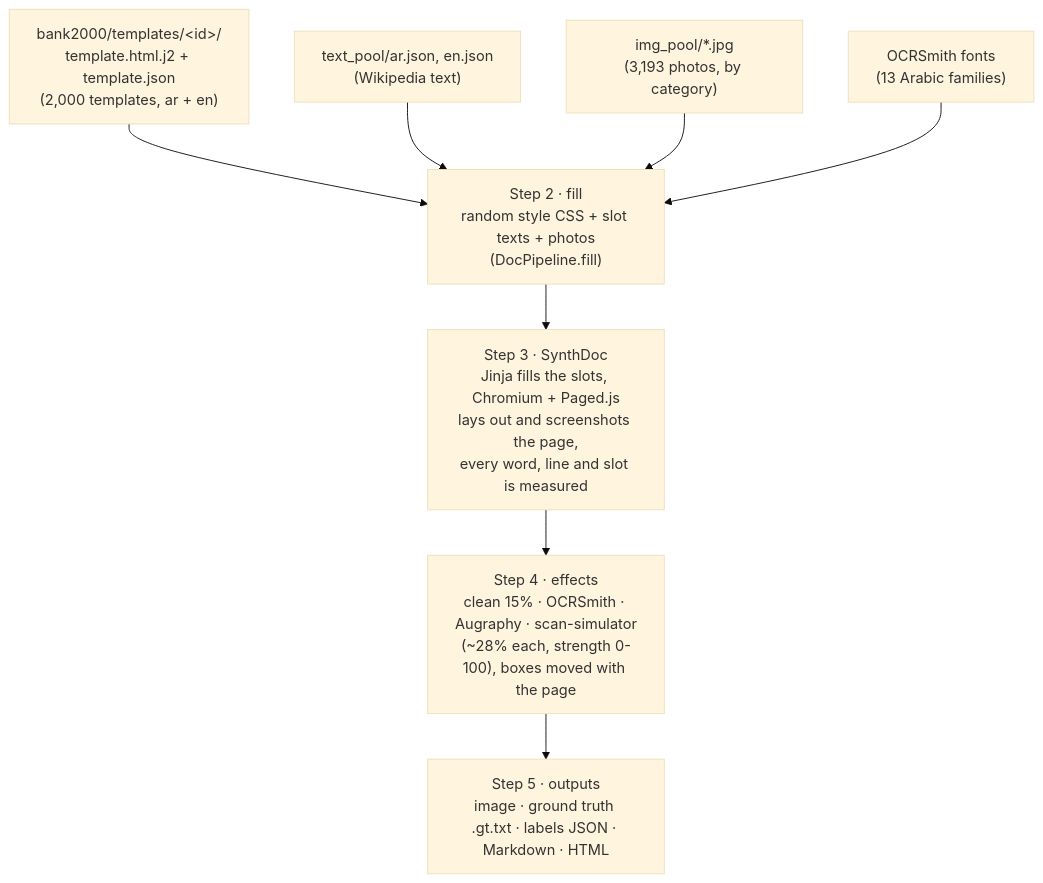
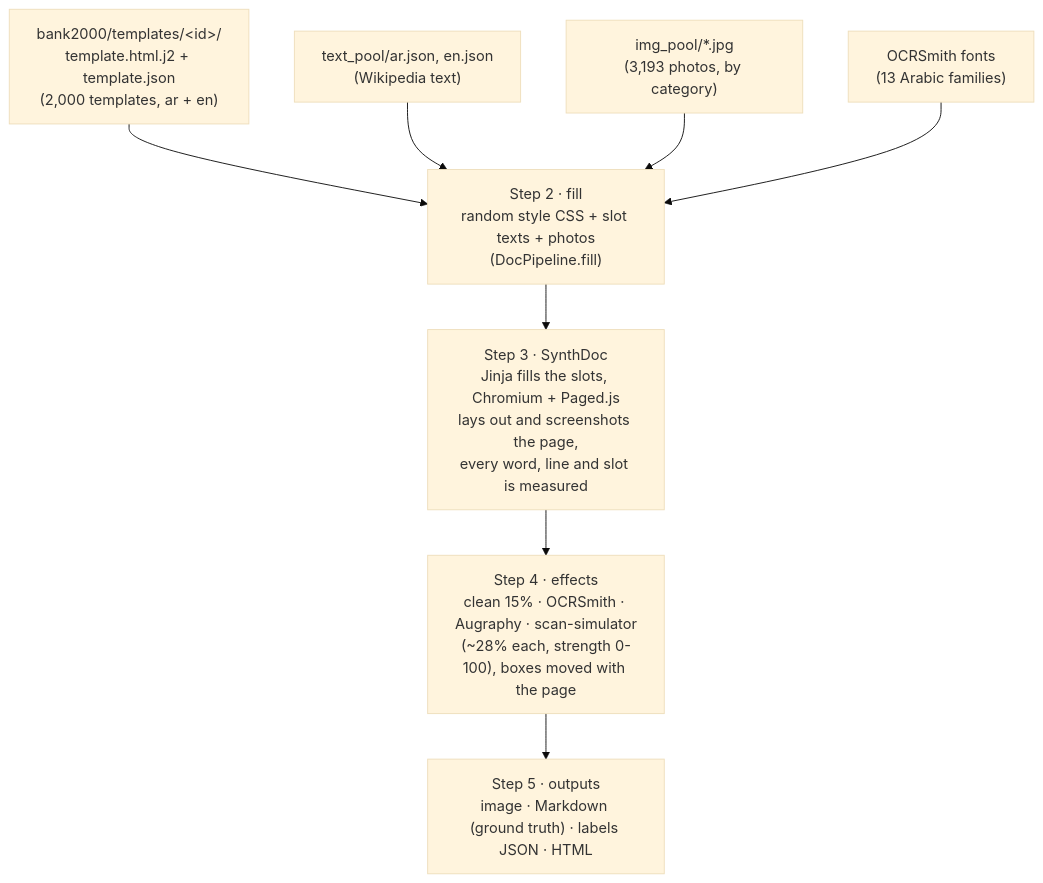
The diagram in OCRREADME.md (Yousef10p/OCRSynthGen), drawn with Mermaid (base theme) before and after one commit. The commit also changed other lines of this file and 6 other files, not shown here.

First line of the commit message:
Markdown is the ground truth only; image and Markdown side by side

````diff
--- a/OCRREADME.md
+++ b/OCRREADME.md
@@ -200,11 +200,11 @@
 ```mermaid
 flowchart TD
     T["bank2000/templates/&lt;id&gt;/<br/>template.html.j2 + template.json<br/>(2,000 templates, ar + en)"] --> F
     W["text_pool/ar.json, en.json<br/>(Wikipedia text)"] --> F
     P["img_pool/*.jpg<br/>(3,193 photos, by category)"] --> F
     O["OCRSmith fonts<br/>(13 Arabic families)"] --> F
     F["Step 2 · fill<br/>random style CSS + slot texts + photos<br/>(DocPipeline.fill)"] --> S
     S["Step 3 · SynthDoc<br/>Jinja fills the slots, Chromium + Paged.js<br/>lays out and screenshots the page,<br/>every word, line and slot is measured"] --> E
     E["Step 4 · effects<br/>clean 15% · OCRSmith · Augraphy · scan-simulator<br/>(~28% each, strength 0-100), boxes moved with the page"] --> M
-    M["Step 5 · outputs<br/>image · ground truth .gt.txt · labels JSON · Markdown · HTML"]
+    M["Step 5 · outputs<br/>image · Markdown (ground truth) · labels JSON · HTML"]
 ```
````
